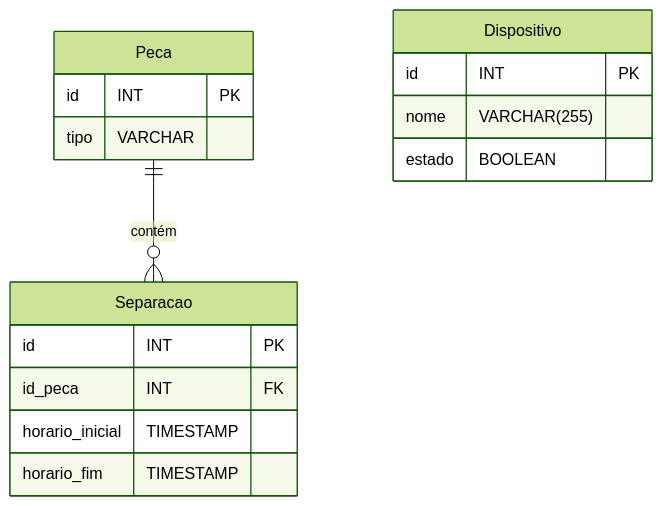
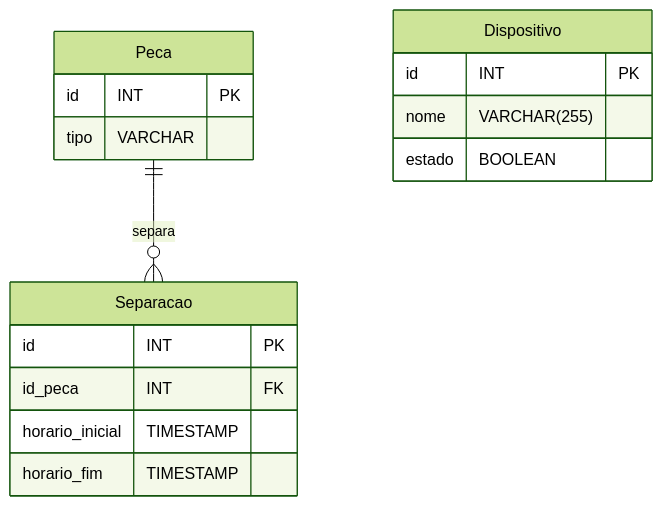
Before and after one commit to ProjetoIntegradorADSSenai/banco-de-dados: the diagram in ModelagemDER.md, drawn with Mermaid (forest theme).

````diff
--- a/ModelagemDER.md
+++ b/ModelagemDER.md
@@ -1,20 +1,20 @@
 ```mermaid
 erDiagram
-    Peca ||--o{ Separacao : "contém"
+    Peca ||--o{ Separacao : "separa"
     Peca {
         id INT PK
         tipo VARCHAR
     }
     Separacao {
         id INT PK
         id_peca INT FK
         horario_inicial TIMESTAMP
         horario_fim TIMESTAMP
     }
 
     Dispositivo {
         id INT PK
         nome VARCHAR(255)
         estado BOOLEAN
     }
 ```
````
